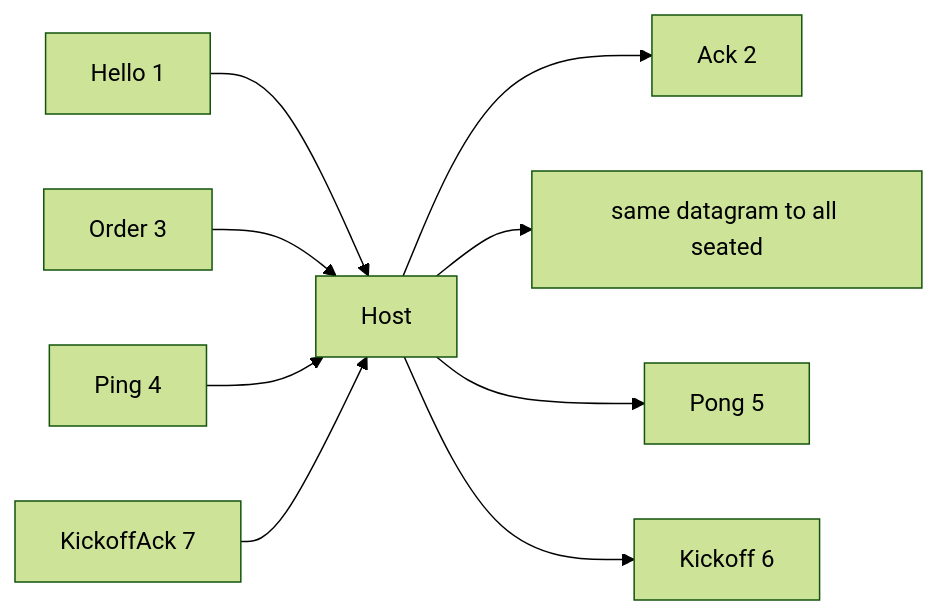
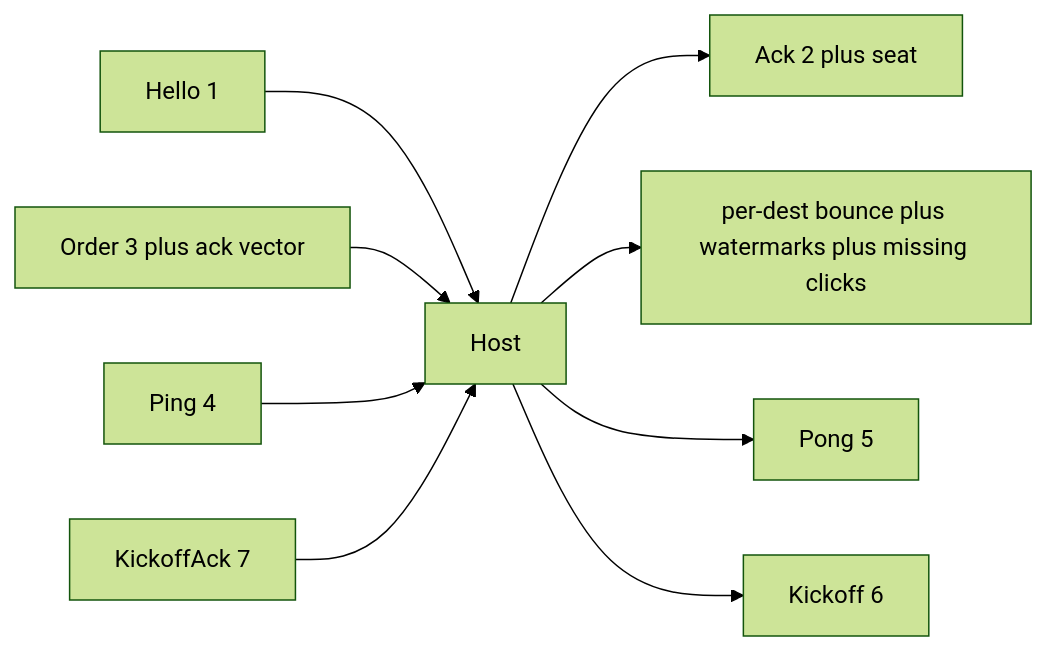
One commit to TinyTeaTree/SimRTS changed the diagram in Plans/udp_packets.plan.md. Above: the diagram before and after it, drawn with Mermaid (forest theme). The commit also changed other lines of this file and 20 other files, not shown here.

````diff
--- a/Plans/udp_packets.plan.md
+++ b/Plans/udp_packets.plan.md
@@ -45,11 +44,11 @@
 ```mermaid
 flowchart LR
   ClientHello["Hello 1"] --> Host
-  Host --> ClientAck["Ack 2"]
-  ClientOrder["Order 3"] --> Host
-  Host --> Bounce["same datagram to all seated"]
+  Host --> ClientAck["Ack 2 plus seat"]
+  ClientOrder["Order 3 plus ack vector"] --> Host
+  Host --> Bounce["per-dest bounce plus watermarks plus missing clicks"]
   ClientPing["Ping 4"] --> Host
   Host --> ClientPong["Pong 5"]
   Host --> ClientKo["Kickoff 6"]
   ClientKoAck["KickoffAck 7"] --> Host
 ```
````
